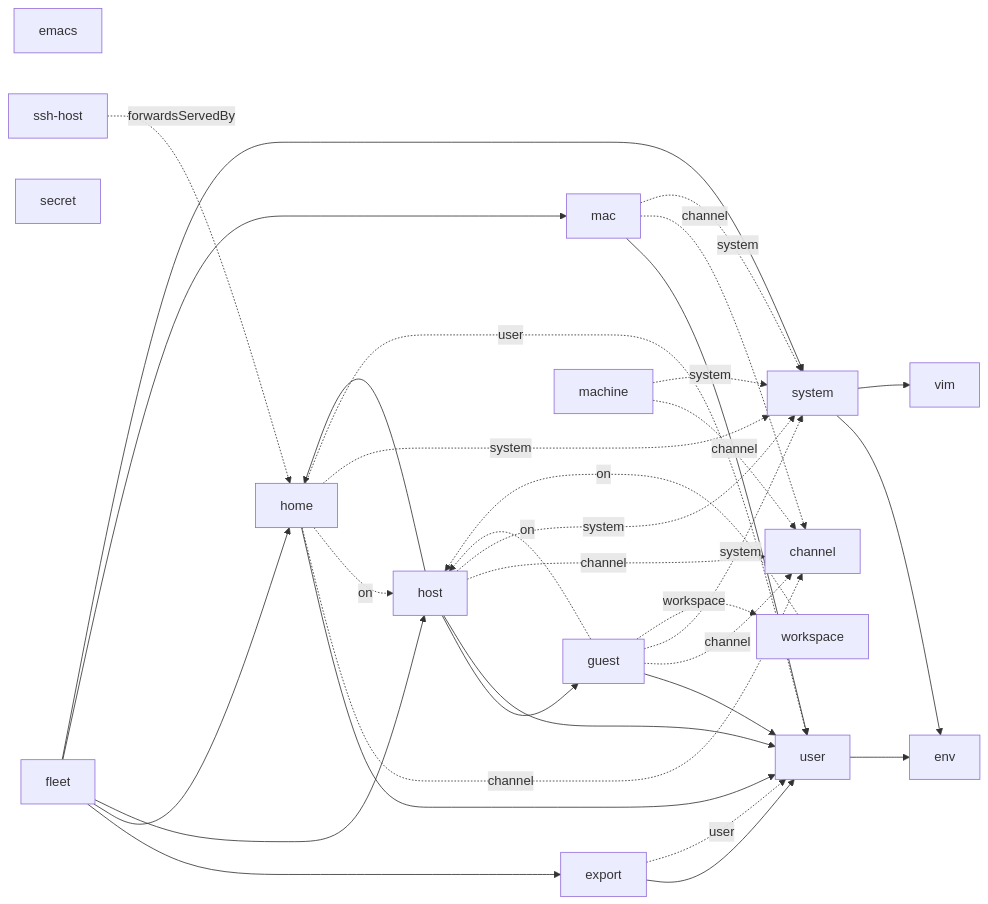
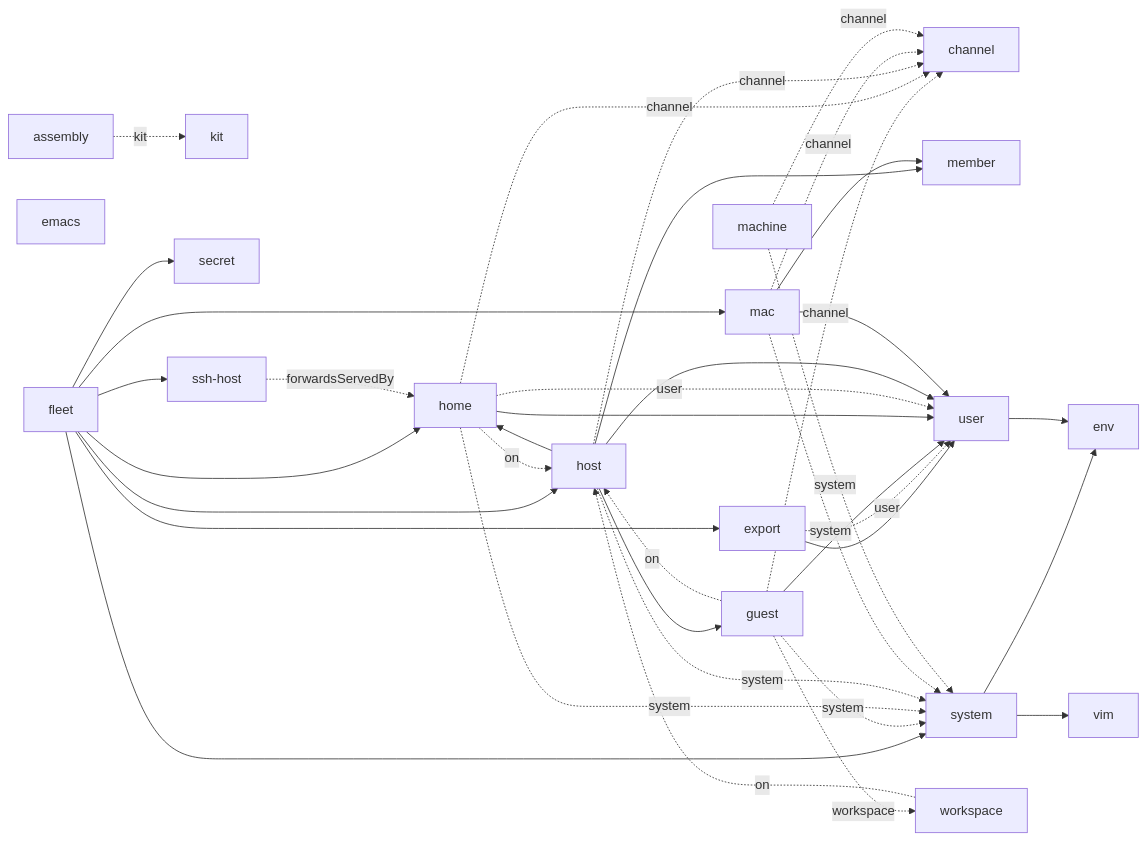
The second of 11 diagrams in README.md (vic/vix), drawn with Mermaid before and after one commit. The commit also changed other lines of this file and 72 other files, not shown here.

````diff
--- a/README.md
+++ b/README.md
@@ -163,51 +229,59 @@
 ```mermaid
 flowchart LR
+  ne22ac4f8aa["assembly"]
   n827e34afc1["channel"]
   n9360acf13a["emacs"]
   nfffdcd721b["env"]
   ne09dd078b0["export"]
   n0d07ea97e1["fleet"]
   n8df93cc983["guest"]
   nd265c5f895["home"]
   n91a43a88c2["host"]
+  n969fdcbc29["kit"]
   n25061baf77["mac"]
   n5e4f590e9f["machine"]
+  nf384c24853["member"]
   n8c182f1484["secret"]
   nd392af8b39["ssh-host"]
   n0953dd6b11["system"]
   naf777705f2["user"]
   ne5b792c758["vim"]
   n188f8ca258["workspace"]
+  ne22ac4f8aa -.->|"kit"| n969fdcbc29
   ne09dd078b0 --> naf777705f2
   ne09dd078b0 -.->|"user"| naf777705f2
   n0d07ea97e1 --> ne09dd078b0
   n0d07ea97e1 --> nd265c5f895
   n0d07ea97e1 --> n91a43a88c2
   n0d07ea97e1 --> n25061baf77
+  n0d07ea97e1 --> n8c182f1484
+  n0d07ea97e1 --> nd392af8b39
   n0d07ea97e1 --> n0953dd6b11
   n8df93cc983 --> naf777705f2
   n8df93cc983 -.->|"channel"| n827e34afc1
   n8df93cc983 -.->|"on"| n91a43a88c2
   n8df93cc983 -.->|"system"| n0953dd6b11
   n8df93cc983 -.->|"workspace"| n188f8ca258
   nd265c5f895 --> naf777705f2
   nd265c5f895 -.->|"channel"| n827e34afc1
   nd265c5f895 -.->|"on"| n91a43a88c2
   nd265c5f895 -.->|"system"| n0953dd6b11
   nd265c5f895 -.->|"user"| naf777705f2
   n91a43a88c2 --> n8df93cc983
   n91a43a88c2 --> nd265c5f895
+  n91a43a88c2 --> nf384c24853
   n91a43a88c2 --> naf777705f2
   n91a43a88c2 -.->|"channel"| n827e34afc1
   n91a43a88c2 -.->|"system"| n0953dd6b11
+  n25061baf77 --> nf384c24853
   n25061baf77 --> naf777705f2
   n25061baf77 -.->|"channel"| n827e34afc1
   n25061baf77 -.->|"system"| n0953dd6b11
   n5e4f590e9f -.->|"channel"| n827e34afc1
   n5e4f590e9f -.->|"system"| n0953dd6b11
   nd392af8b39 -.->|"forwardsServedBy"| nd265c5f895
   n0953dd6b11 --> nfffdcd721b
   n0953dd6b11 --> ne5b792c758
   naf777705f2 --> nfffdcd721b
   n188f8ca258 -.->|"on"| n91a43a88c2
 ```
````
